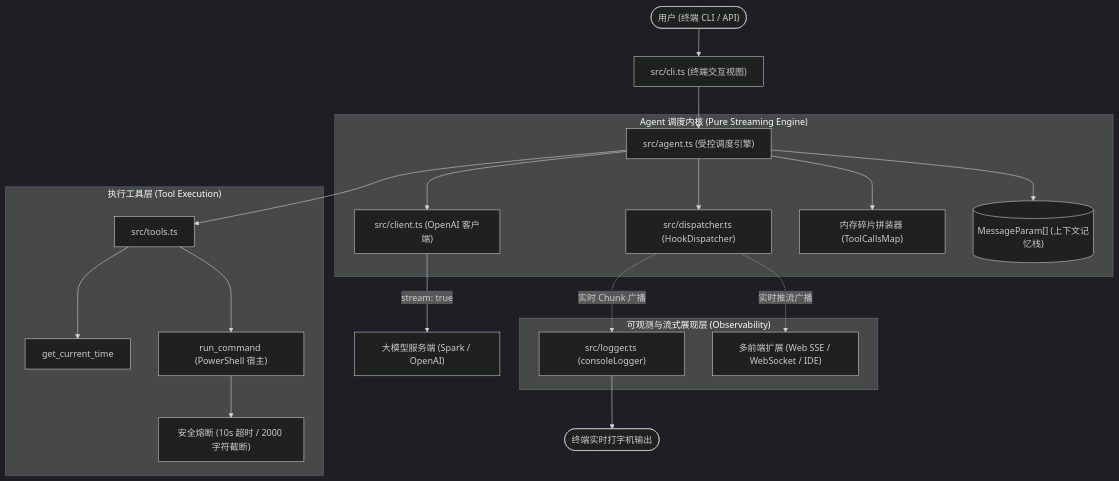
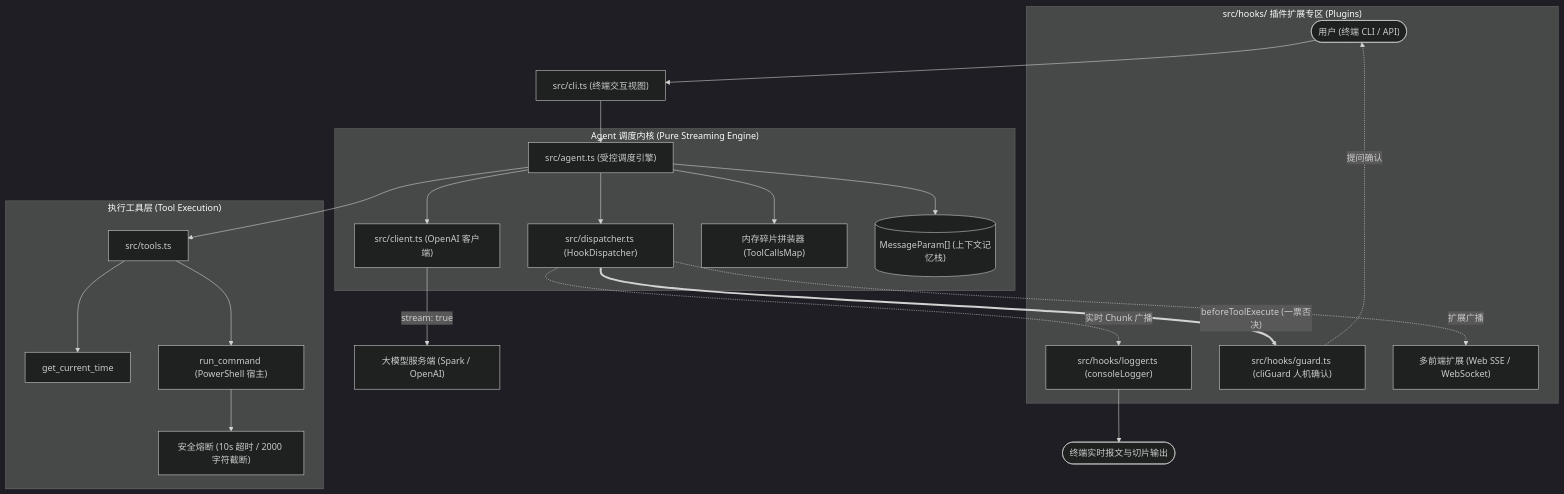
One commit to Yancheng-s/ycc changed the diagram in docs/README.md. Above: the diagram before and after it, drawn with Mermaid (dark theme). The commit also changed other lines of this file and 14 other files, not shown here.

Commit message:
feat: implement agent core, cli interface, hook dispatcher, and guard mechanism

````diff
--- a/docs/README.md
+++ b/docs/README.md
@@ -22,27 +23,29 @@
 ```mermaid
 flowchart TD
     User(["用户 (终端 CLI / API)"]) --> CLI["src/cli.ts (终端交互视图)"]
     CLI --> Agent["src/agent.ts (受控调度引擎)"]
 
     subgraph Kernel ["Agent 调度内核 (Pure Streaming Engine)"]
         Agent --> Dispatcher["src/dispatcher.ts (HookDispatcher)"]
         Agent --> Client["src/client.ts (OpenAI 客户端)"]
         Agent --> Assembler["内存碎片拼装器 (ToolCallsMap)"]
         Agent --> Memory[("MessageParam[] (上下文记忆栈)")]
     end
 
-    subgraph Observability ["可观测与流式展现层 (Observability)"]
-        Dispatcher -. 实时 Chunk 广播 .-> Logger["src/logger.ts (consoleLogger)"]
-        Dispatcher -. 实时推流广播 .-> Monitor["多前端扩展 (Web SSE / WebSocket / IDE)"]
+    subgraph Plugins ["src/hooks/ 插件扩展专区 (Plugins)"]
+        Dispatcher -. 实时 Chunk 广播 .-> Logger["src/hooks/logger.ts (consoleLogger)"]
+        Dispatcher == "beforeToolExecute (一票否决)" ==> Guard["src/hooks/guard.ts (cliGuard 人机确认)"]
+        Guard -. 提问确认 .-> User
+        Dispatcher -. 扩展广播 .-> Monitor["多前端扩展 (Web SSE / WebSocket)"]
     end
 
     subgraph Tools ["执行工具层 (Tool Execution)"]
         Agent --> ToolRunner["src/tools.ts"]
         ToolRunner --> TimeTool["get_current_time"]
         ToolRunner --> ShellTool["run_command (PowerShell 宿主)"]
         ShellTool --> Safety["安全熔断 (10s 超时 / 2000 字符截断)"]
     end
 
     Client -->|stream: true| LLM["大模型服务端 (Spark / OpenAI)"]
-    Logger --> ConsoleOutput(["终端实时打字机输出"])
+    Logger --> ConsoleOutput(["终端实时报文与切片输出"])
 ```
````
